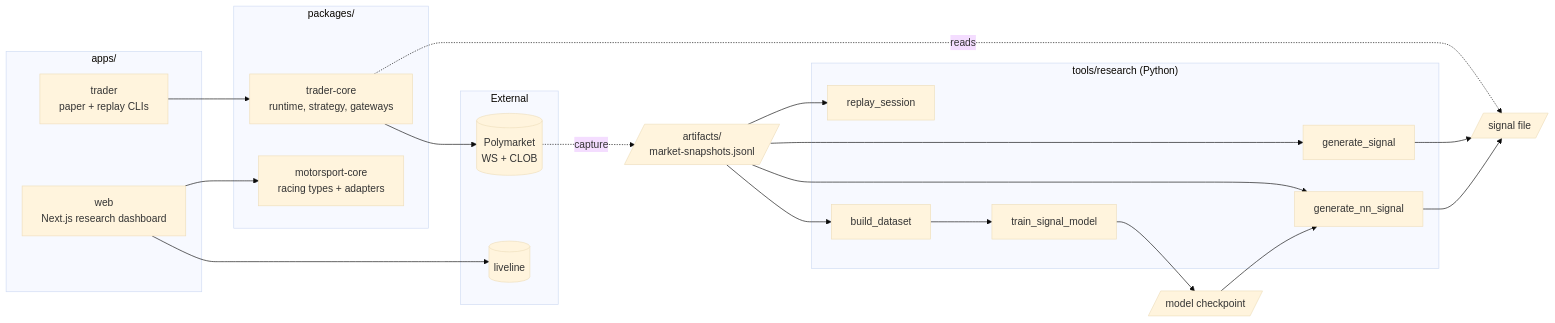
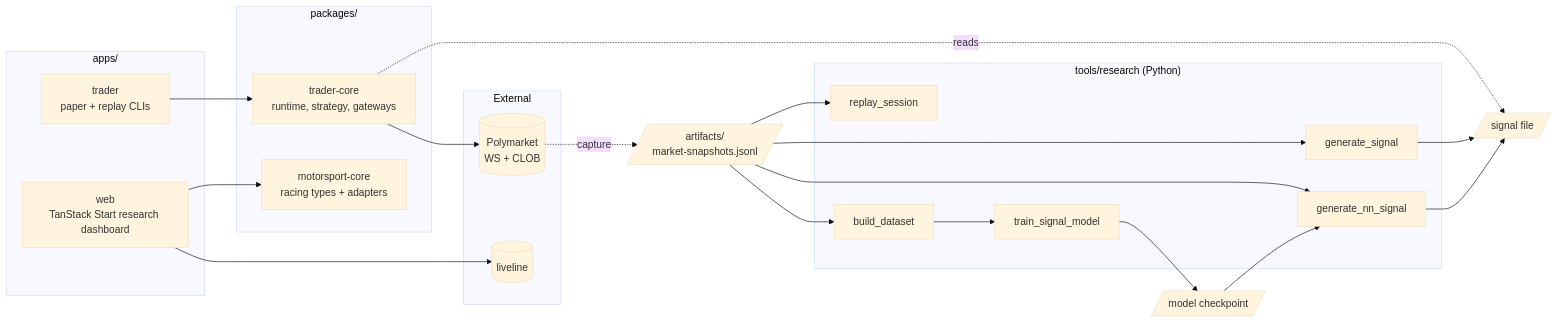
The diagram in README.md (ppmina/poly), drawn with Mermaid (base theme) before and after one commit. The commit also changed other lines of this file and 2 other files, not shown here.

First line of the commit message:
docs: refresh README/AGENTS for TanStack Start, mise, and lefthook

````diff
--- a/README.md
+++ b/README.md
@@ -18,46 +18,46 @@
 ```mermaid
 flowchart LR
     subgraph Apps["apps/"]
-        Web["web<br/>Next.js research dashboard"]
+        Web["web<br/>TanStack Start research dashboard"]
         Trader["trader<br/>paper + replay CLIs"]
     end
 
     subgraph Packages["packages/"]
         TraderCore["trader-core<br/>runtime, strategy, gateways"]
         MotorsportCore["motorsport-core<br/>racing types + adapters"]
     end
 
     subgraph Tools["tools/research (Python)"]
         Replay["replay_session"]
         Dataset["build_dataset"]
         SignalBaseline["generate_signal"]
         Train["train_signal_model"]
         SignalNN["generate_nn_signal"]
     end
 
     subgraph External["External"]
         Polymarket[("Polymarket<br/>WS + CLOB")]
         Liveline[("liveline")]
     end
 
     Snapshots[/"artifacts/<br/>market-snapshots.jsonl"/]
     SignalFile[/"signal file"/]
     Checkpoint[/"model checkpoint"/]
 
     Web --> Liveline
     Web --> MotorsportCore
     Trader --> TraderCore
     TraderCore --> Polymarket
     TraderCore -. reads .-> SignalFile
 
     Polymarket -. capture .-> Snapshots
     Snapshots --> Replay
     Snapshots --> Dataset
     Dataset --> Train
     Train --> Checkpoint
     Snapshots --> SignalBaseline
     Snapshots --> SignalNN
     Checkpoint --> SignalNN
     SignalBaseline --> SignalFile
     SignalNN --> SignalFile
 ```
````
